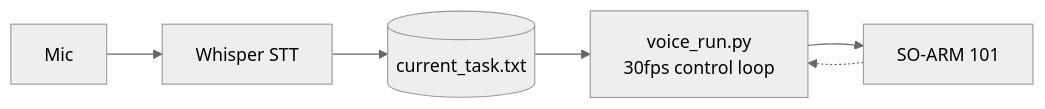
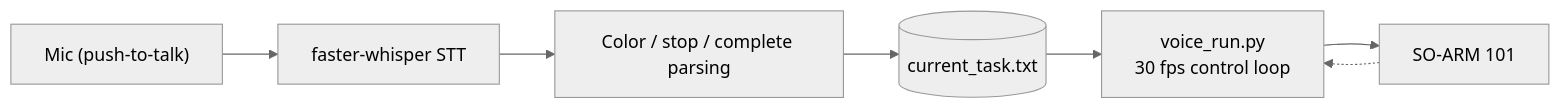
The diagram in README.md (asdqwe9501/Speech-Driven-VLA-Robotics), drawn with Mermaid (neutral theme) before and after one commit. The commit also changed other lines of this file and 5 other files, not shown here.

Commit message:
Rewrite SmolVLA notes to match the actual architecture; add results and eval template

````diff
--- a/README.md
+++ b/README.md
@@ -20,8 +43,9 @@
 ```mermaid
 flowchart LR
-    mic["Mic"] --> stt["Whisper STT"]
-    stt --> file[("current_task.txt")]
-    file --> loop["voice_run.py<br/>30fps control loop"]
+    mic["Mic (push-to-talk)"] --> stt["faster-whisper STT"]
+    stt --> parse["Color / stop / complete parsing"]
+    parse --> file[("current_task.txt")]
+    file --> loop["voice_run.py<br/>30 fps control loop"]
     loop --> robot["SO-ARM 101"]
     robot -.-> loop
 ```
````
